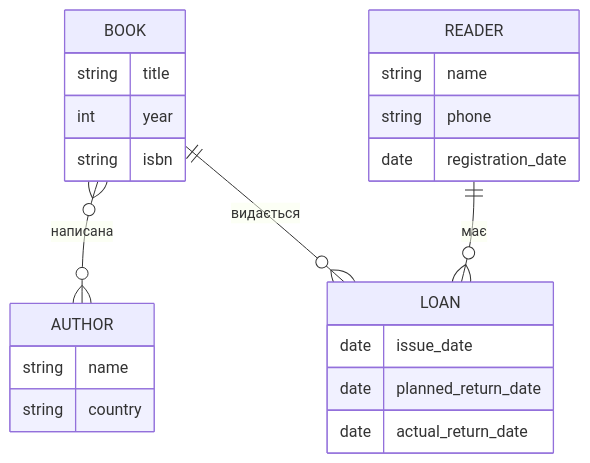
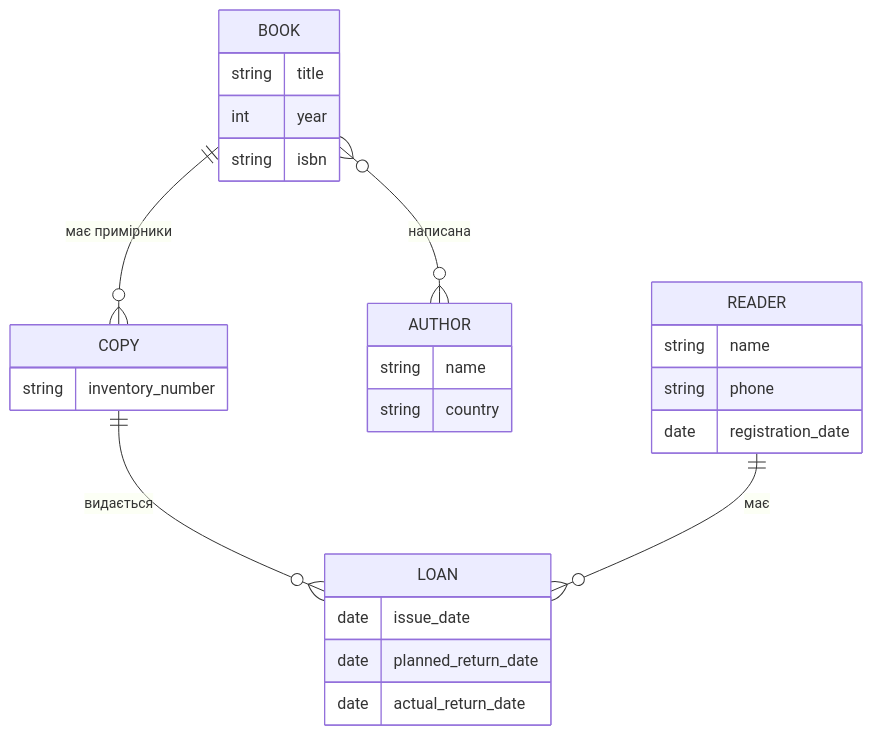
One commit to at3128/labs-programming changed the diagram in lab1/er-diagram.md. Above: the diagram before and after it, drawn with Mermaid. The commit also changed 1 other file, not shown here.

Commit message:
Add Copy entity and update spec and diagram

````diff
--- a/lab1/er-diagram.md
+++ b/lab1/er-diagram.md
@@ -1,26 +1,30 @@
 ```mermaid
 erDiagram
     BOOK {
         string title
         int year
         string isbn
+    }
+    COPY {
+        string inventory_number
     }
     AUTHOR {
         string name
         string country
     }
     READER {
         string name
         string phone
         date registration_date
     }
     LOAN {
         date issue_date
         date planned_return_date
         date actual_return_date
     }
 
     BOOK }o--o{ AUTHOR : "написана"
+    BOOK ||--o{ COPY : "має примірники"
+    COPY ||--o{ LOAN : "видається"
     READER ||--o{ LOAN : "має"
-    BOOK ||--o{ LOAN : "видається"
 ```
````
